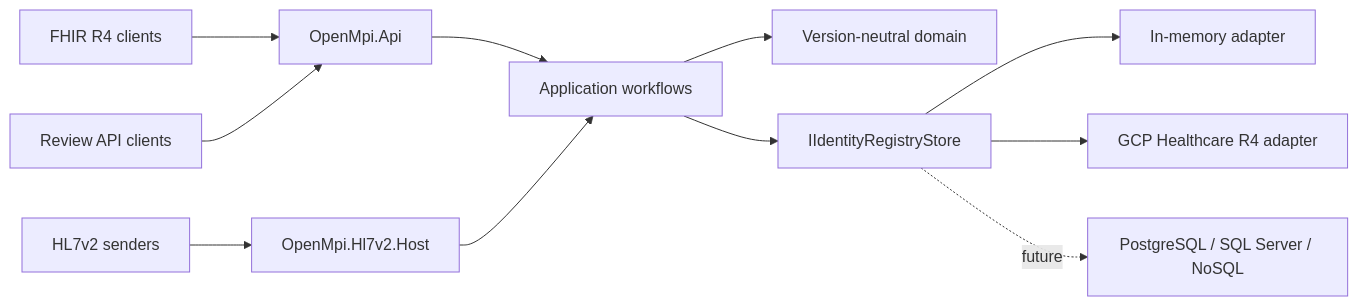
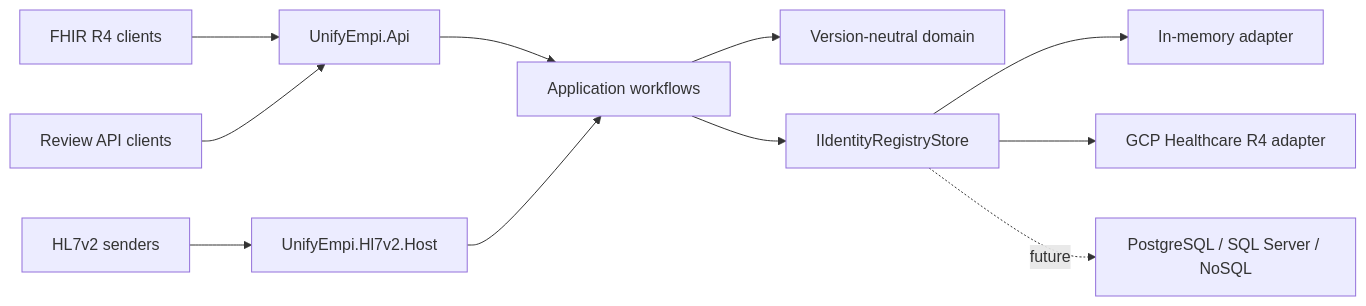
The diagram in docs/architecture.md (Lumbridge/FhirMpi), drawn with Mermaid before and after one commit. The commit also changed other lines of this file and 308 other files, not shown here.

Commit message:
Rebrand OpenMPI as UnifyEMPI

````diff
--- a/docs/architecture.md
+++ b/docs/architecture.md
@@ -8,13 +8,13 @@
 ```mermaid
 flowchart LR
-    FHIR["FHIR R4 clients"] --> API["OpenMpi.Api"]
+    FHIR["FHIR R4 clients"] --> API["UnifyEmpi.Api"]
     REVIEW["Review API clients"] --> API
-    HL7["HL7v2 senders"] --> MLLP["OpenMpi.Hl7v2.Host"]
+    HL7["HL7v2 senders"] --> MLLP["UnifyEmpi.Hl7v2.Host"]
     API --> APP["Application workflows"]
     MLLP --> APP
     APP --> DOMAIN["Version-neutral domain"]
     APP --> STORE["IIdentityRegistryStore"]
     STORE --> MEMORY["In-memory adapter"]
     STORE --> GCP["GCP Healthcare R4 adapter"]
     STORE -. future .-> SQL["PostgreSQL / SQL Server / NoSQL"]
 ```
````
